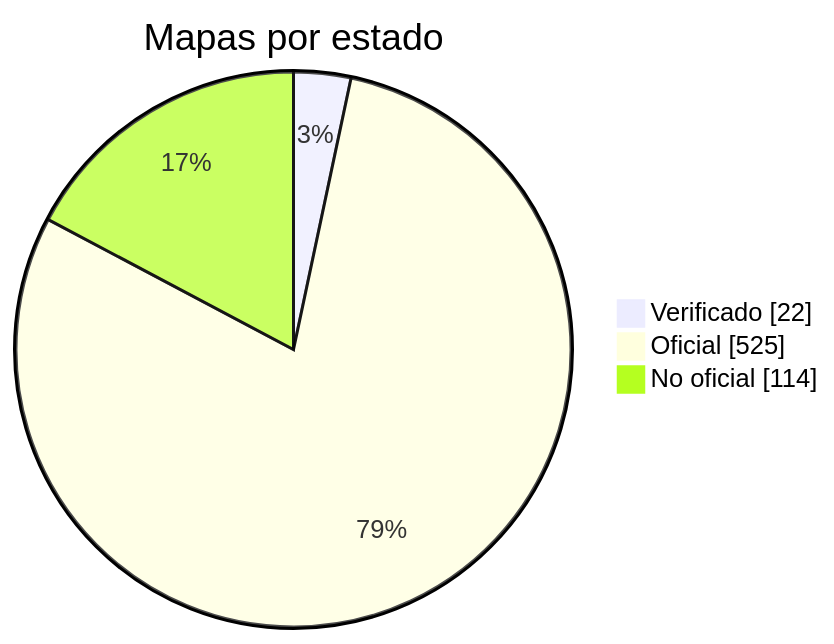
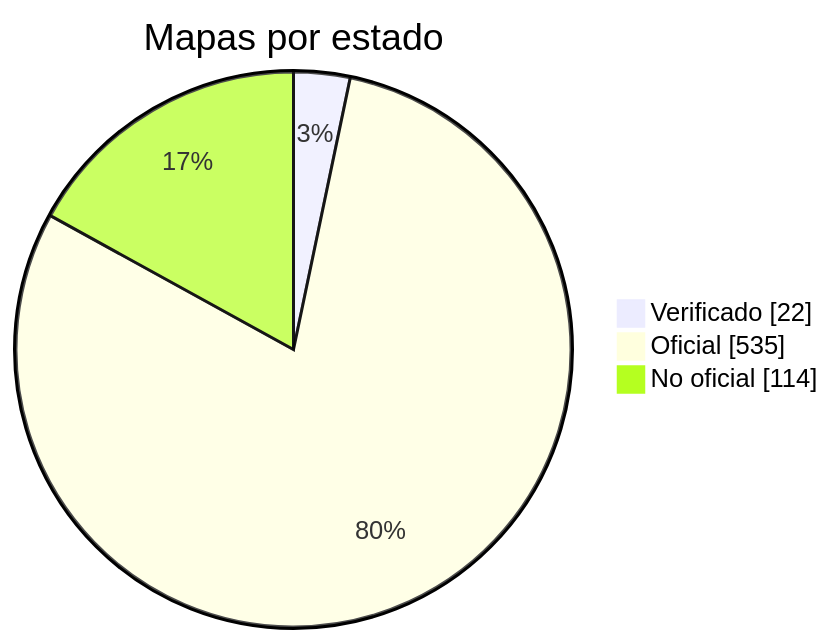
The diagram in docs/readme/README_ES.md (nobrega8/mbmap-library), drawn with Mermaid before and after one commit. The commit also changed 15 other files, not shown here.

````diff
--- a/docs/readme/README_ES.md
+++ b/docs/readme/README_ES.md
@@ -54,7 +54,7 @@
 ```mermaid
 pie showData
     title Mapas por estado
     "Verificado" : 22
-    "Oficial" : 525
+    "Oficial" : 535
     "No oficial" : 114
 ```
````
